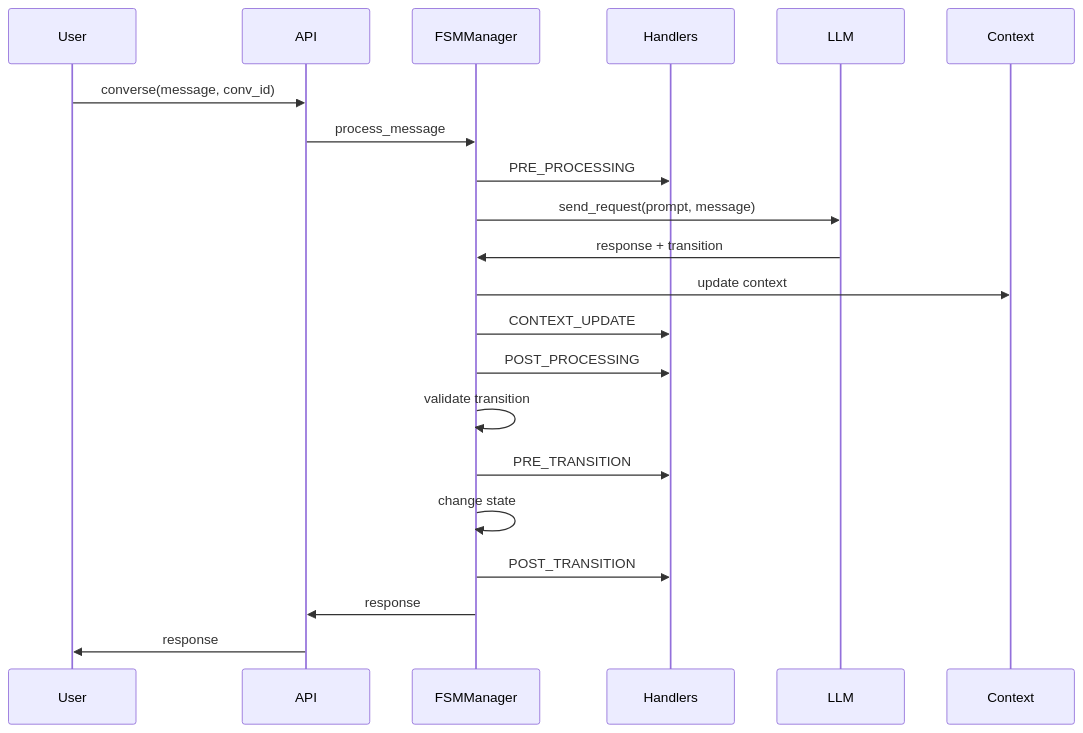
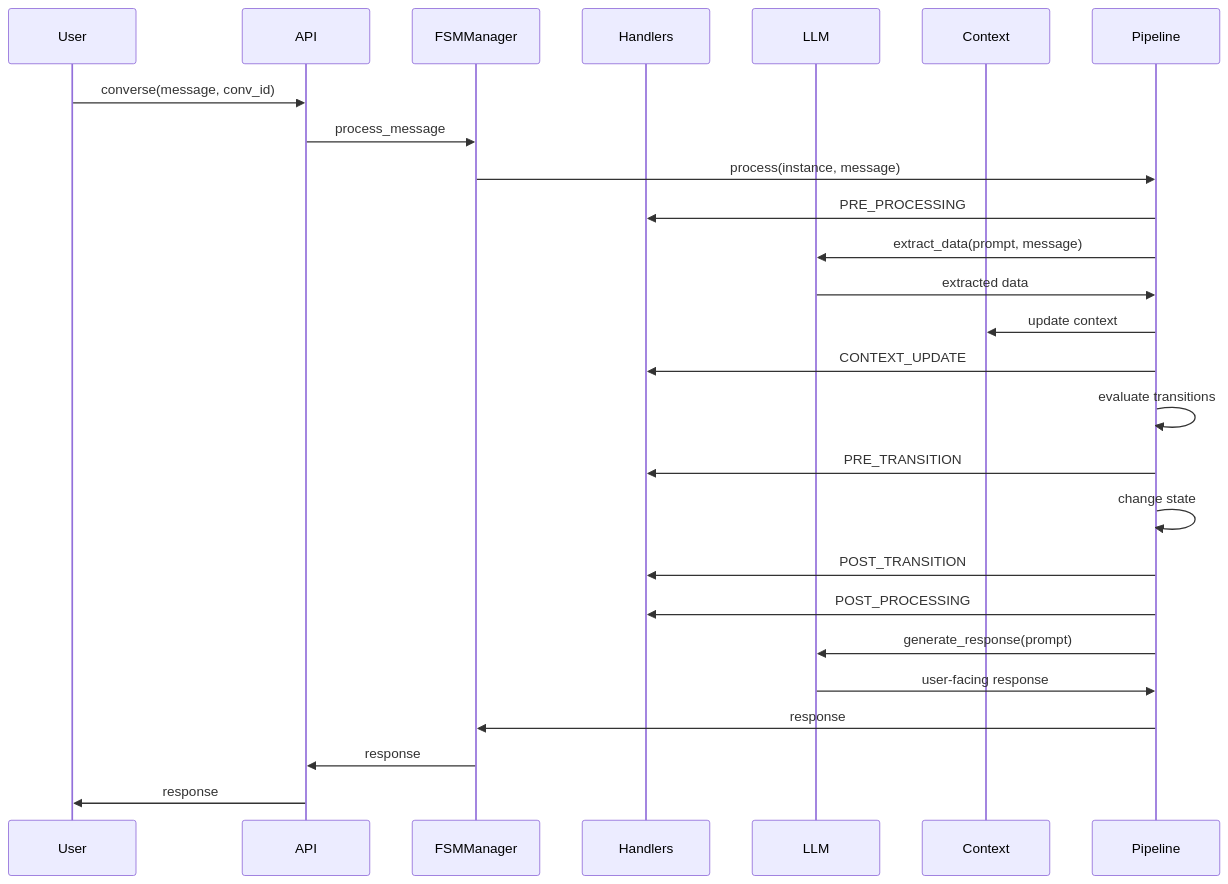
Before and after one commit to NikolasMarkou/fsm_llm: the second of 2 diagrams in docs/architecture.md, drawn with Mermaid. The commit also changed other lines of this file, not shown here.

Commit message:
[iter-1/step-9b] Fix remaining send_request references in architecture.md sequence diagrams
- Replace send_request() with extract_data()/generate_response() in mermaid diagrams
- Update sequence diagrams to show MessagePipeline as intermediary
- Show 2-pass flow in message processing diagram (extract -> transition -> generate)

````diff
--- a/docs/architecture.md
+++ b/docs/architecture.md
@@ -217,24 +217,28 @@
 ```mermaid
 sequenceDiagram
     participant User
     participant API
     participant FSMManager
     participant Handlers
     participant LLM
     participant Context
 
     User->>API: converse(message, conv_id)
     API->>FSMManager: process_message
-    FSMManager->>Handlers: PRE_PROCESSING
-    FSMManager->>LLM: send_request(prompt, message)
-    LLM->>FSMManager: response + transition
-    FSMManager->>Context: update context
-    FSMManager->>Handlers: CONTEXT_UPDATE
-    FSMManager->>Handlers: POST_PROCESSING
-    FSMManager->>FSMManager: validate transition
-    FSMManager->>Handlers: PRE_TRANSITION
-    FSMManager->>FSMManager: change state
-    FSMManager->>Handlers: POST_TRANSITION
+    FSMManager->>Pipeline: process(instance, message)
+    Pipeline->>Handlers: PRE_PROCESSING
+    Pipeline->>LLM: extract_data(prompt, message)
+    LLM->>Pipeline: extracted data
+    Pipeline->>Context: update context
+    Pipeline->>Handlers: CONTEXT_UPDATE
+    Pipeline->>Pipeline: evaluate transitions
+    Pipeline->>Handlers: PRE_TRANSITION
+    Pipeline->>Pipeline: change state
+    Pipeline->>Handlers: POST_TRANSITION
+    Pipeline->>Handlers: POST_PROCESSING
+    Pipeline->>LLM: generate_response(prompt)
+    LLM->>Pipeline: user-facing response
+    Pipeline->>FSMManager: response
     FSMManager->>API: response
     API->>User: response
 ```
````
